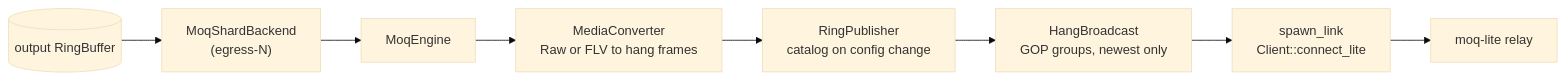
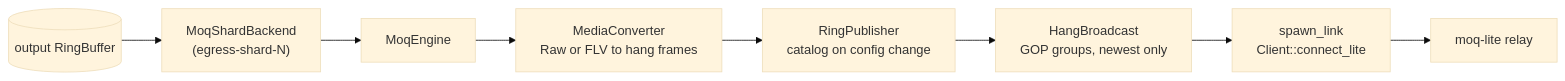
Before and after one commit to krsna1729/restream: diagram 14 of 15 in docs/media-pipeline.md, drawn with Mermaid (base theme). The commit also changed other lines of this file and 3 other files, not shown here.

````diff
--- a/docs/media-pipeline.md
+++ b/docs/media-pipeline.md
@@ -919,10 +918,10 @@
 ```mermaid
 flowchart LR
-    Ring[("output RingBuffer")] --> Backend["MoqShardBackend<br/>(egress-N)"]
+    Ring[("output RingBuffer")] --> Backend["MoqShardBackend<br/>(egress-shard-N)"]
     Backend --> Engine["MoqEngine"]
     Engine --> Convert["MediaConverter<br/>Raw or FLV to hang frames"]
     Convert --> Publish["RingPublisher<br/>catalog on config change"]
     Publish --> Broadcast["HangBroadcast<br/>GOP groups, newest only"]
     Broadcast --> Link["spawn_link<br/>Client::connect_lite"]
     Link --> Relay["moq-lite relay"]
 ```
````
